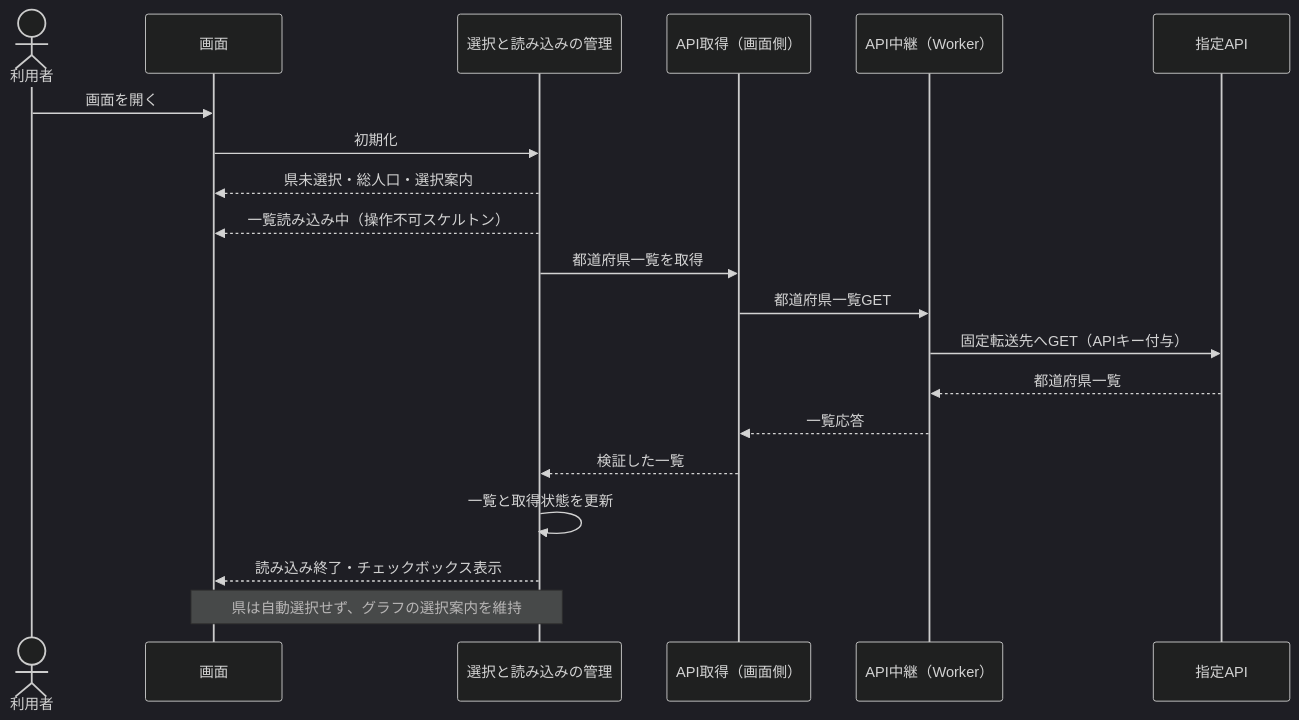
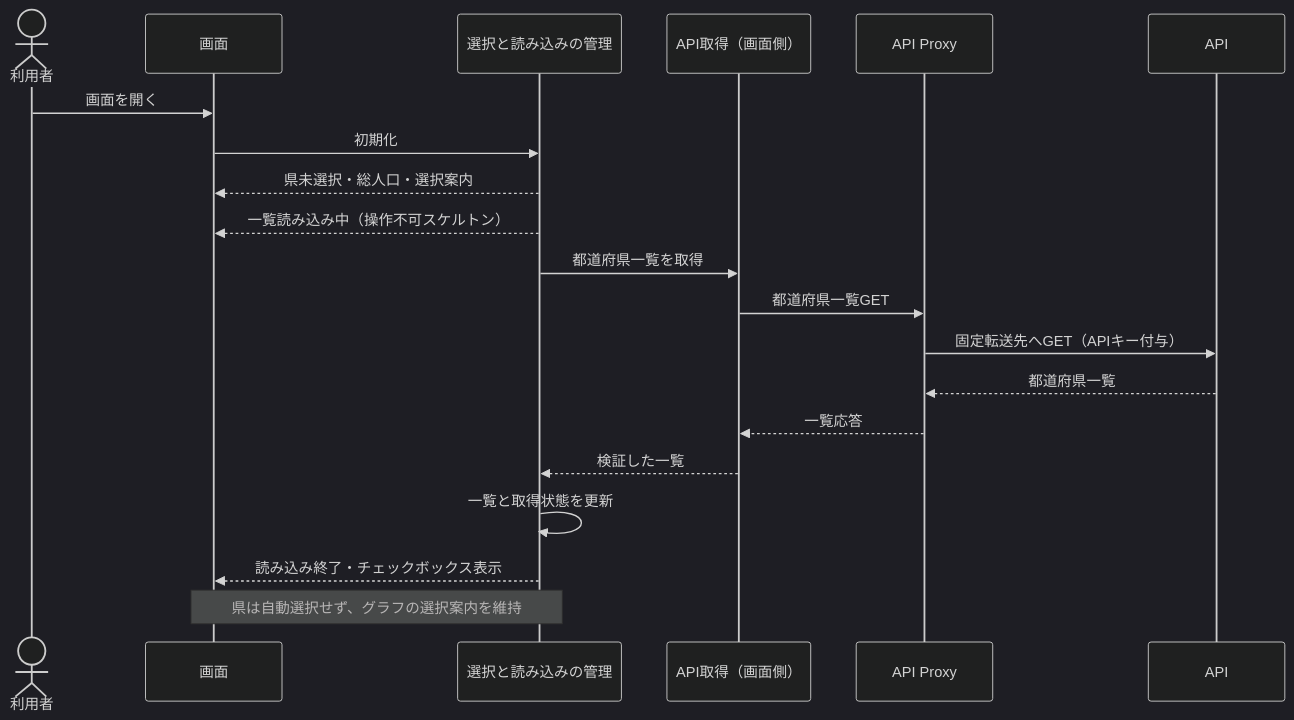
Before and after one commit to t2421/frontend-engineer-codecheck: the second of 5 diagrams in docs/DESIGN.md, drawn with Mermaid (dark theme). The commit also changed other lines of this file, not shown here.

Commit message:
図と本文のAPI Proxy表記を統一

````diff
--- a/docs/DESIGN.md
+++ b/docs/DESIGN.md
@@ -45,22 +45,22 @@
 ```mermaid
 sequenceDiagram
   actor User as 利用者
   participant UI as 画面
   participant State as 選択と読み込みの管理
   participant Fetch as API取得（画面側）
-  participant Worker as API中継（Worker）
-  participant API as 指定API
+  participant Proxy as API Proxy
+  participant API as API
   User->>UI: 画面を開く
   UI->>State: 初期化
   State-->>UI: 県未選択・総人口・選択案内
   State-->>UI: 一覧読み込み中（操作不可スケルトン）
   State->>Fetch: 都道府県一覧を取得
-  Fetch->>Worker: 都道府県一覧GET
-  Worker->>API: 固定転送先へGET（APIキー付与）
-  API-->>Worker: 都道府県一覧
-  Worker-->>Fetch: 一覧応答
+  Fetch->>Proxy: 都道府県一覧GET
+  Proxy->>API: 固定転送先へGET（APIキー付与）
+  API-->>Proxy: 都道府県一覧
+  Proxy-->>Fetch: 一覧応答
   Fetch-->>State: 検証した一覧
   State->>State: 一覧と取得状態を更新
   State-->>UI: 読み込み終了・チェックボックス表示
   Note over UI,State: 県は自動選択せず、グラフの選択案内を維持
 ```
````
